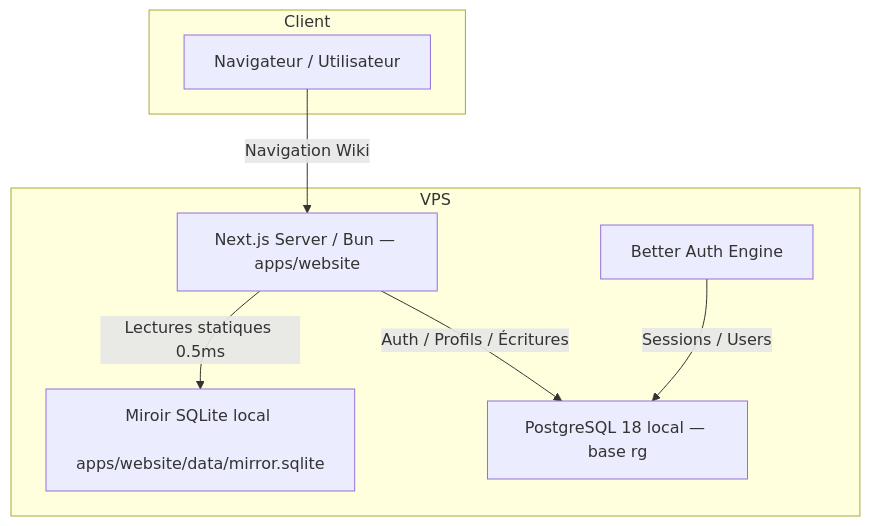
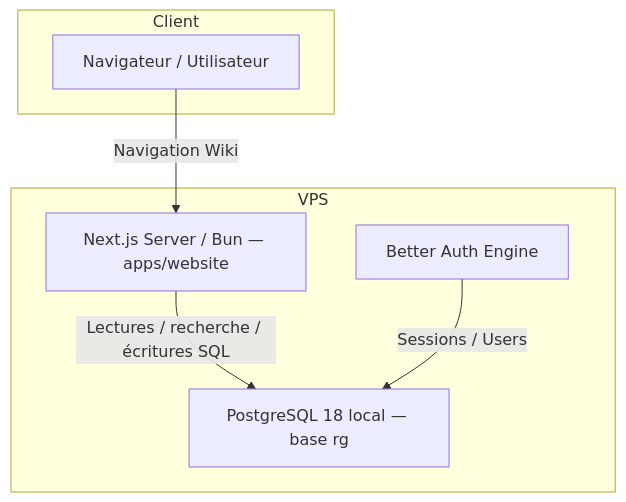
One commit to aphrody-labs/rosegriffon changed the diagram in docs/database.md. Above: the diagram before and after it, drawn with Mermaid. The commit also changed other lines of this file and 133 other files, not shown here.

````diff
--- a/docs/database.md
+++ b/docs/database.md
@@ -19,17 +21,15 @@
 ```mermaid
 graph TD
     subgraph Client
         Browser[Navigateur / Utilisateur]
     end
     subgraph VPS
         Next[Next.js Server / Bun — apps/website]
-        SQLite[Miroir SQLite local <br> apps/website/data/mirror.sqlite]
         PG[PostgreSQL 18 local — base rg]
         BetterAuth[Better Auth Engine]
     end
 
     Browser -->|Navigation Wiki| Next
-    Next -->|Lectures statiques 0.5ms| SQLite
-    Next -->|Auth / Profils / Écritures| PG
+    Next -->|Lectures / recherche / écritures SQL| PG
     BetterAuth -->|Sessions / Users| PG
 ```
````
